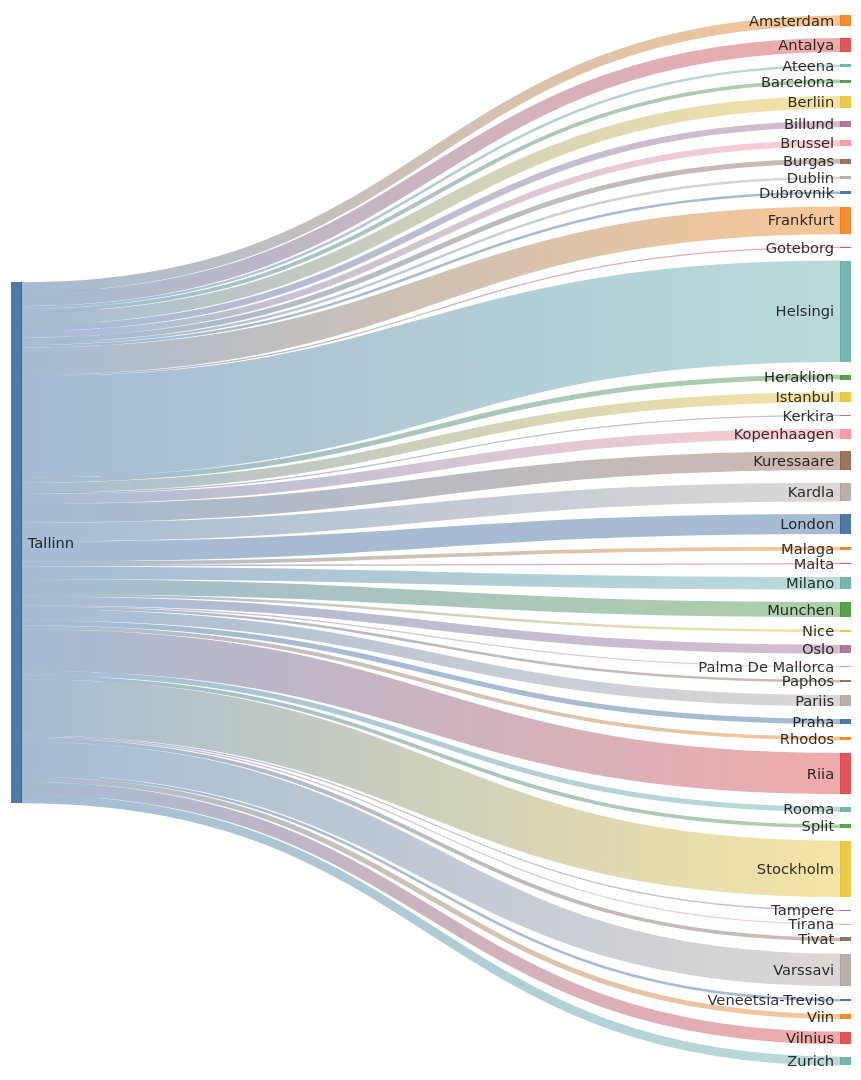
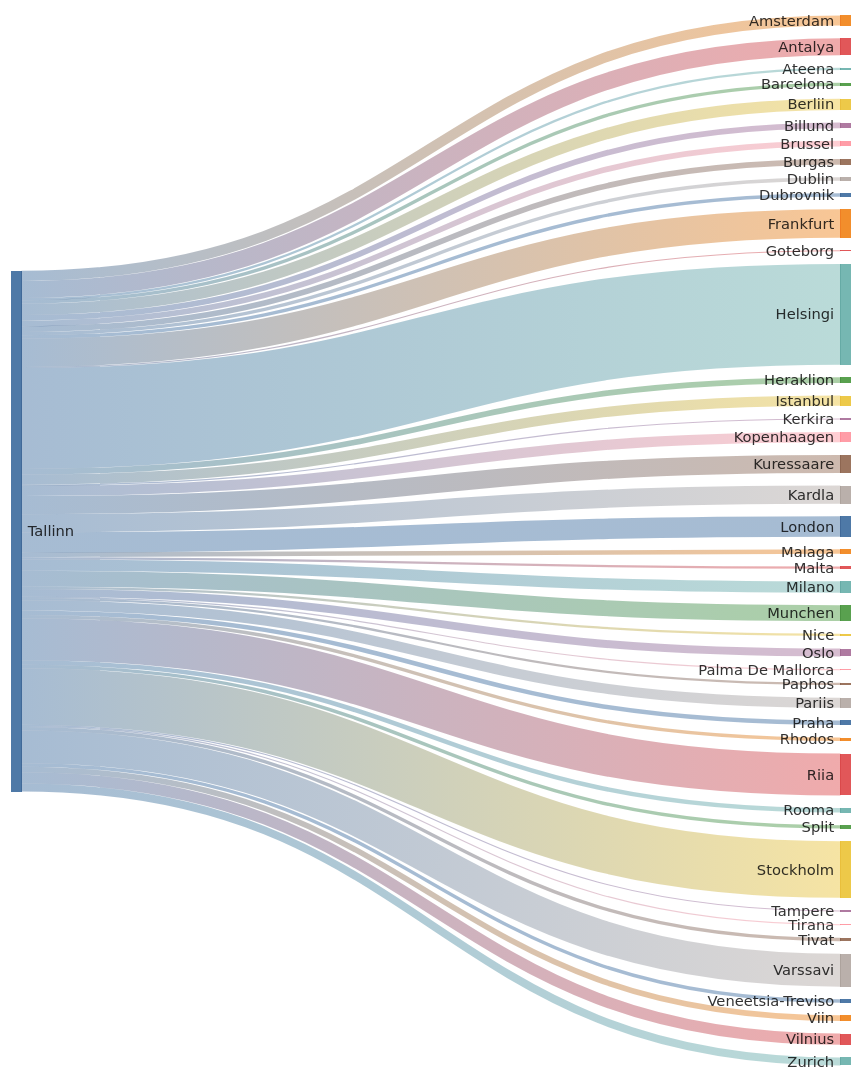
Before and after one commit to rainermesi/tll-airport-departures: the second of 2 diagrams in README.md, drawn with Mermaid. The commit also changed other lines of this file, not shown here.

````diff
--- a/README.md
+++ b/README.md
@@ -24,56 +24,56 @@
 ```mermaid
 ---
 config:
   sankey:
     showValues: false
     width: 800
     height: 1000
 ---
 sankey-beta
 %% source,target,value
-Tallinn,Amsterdam,8
-Tallinn,Antalya,11
+Tallinn,Amsterdam,9
+Tallinn,Antalya,15
 Tallinn,Ateena,2
 Tallinn,Barcelona,3
 Tallinn,Berliin,10
 Tallinn,Billund,5
 Tallinn,Brussel,5
-Tallinn,Burgas,4
-Tallinn,Dublin,2
-Tallinn,Dubrovnik,2
-Tallinn,Frankfurt,22
+Tallinn,Burgas,5
+Tallinn,Dublin,3
+Tallinn,Dubrovnik,3
+Tallinn,Frankfurt,25
 Tallinn,Goteborg,1
-Tallinn,Helsingi,81
-Tallinn,Heraklion,4
-Tallinn,Istanbul,8
+Tallinn,Helsingi,89
+Tallinn,Heraklion,5
+Tallinn,Istanbul,9
 Tallinn,Kerkira,1
-Tallinn,Kopenhaagen,8
-Tallinn,Kuressaare,15
-Tallinn,Kardla,15
-Tallinn,London,16
-Tallinn,Malaga,3
-Tallinn,Malta,1
+Tallinn,Kopenhaagen,9
+Tallinn,Kuressaare,16
+Tallinn,Kardla,16
+Tallinn,London,18
+Tallinn,Malaga,4
+Tallinn,Malta,2
 Tallinn,Milano,10
-Tallinn,Munchen,12
+Tallinn,Munchen,14
 Tallinn,Nice,2
 Tallinn,Oslo,7
 Tallinn,Palma De Mallorca,1
 Tallinn,Paphos,2
 Tallinn,Pariis,9
 Tallinn,Praha,4
 Tallinn,Rhodos,3
-Tallinn,Riia,33
+Tallinn,Riia,37
 Tallinn,Rooma,4
 Tallinn,Split,3
-Tallinn,Stockholm,45
+Tallinn,Stockholm,50
 Tallinn,Tampere,1
 Tallinn,Tirana,1
 Tallinn,Tivat,3
-Tallinn,Varssavi,26
-Tallinn,Veneetsia-Treviso,2
-Tallinn,Viin,4
+Tallinn,Varssavi,29
+Tallinn,Veneetsia-Treviso,3
+Tallinn,Viin,5
 Tallinn,Vilnius,10
 Tallinn,Zurich,7
 
 
 ```
````
